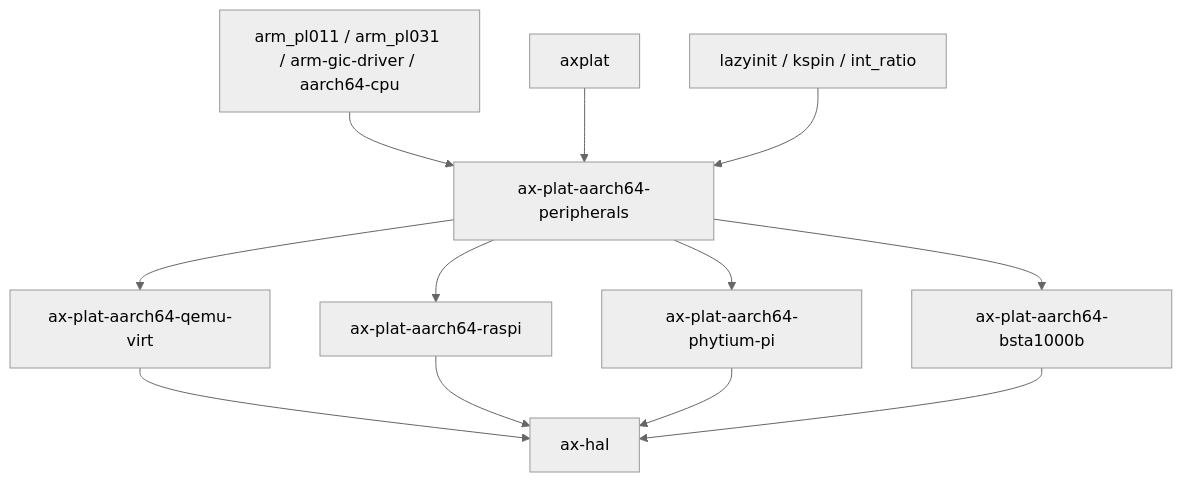
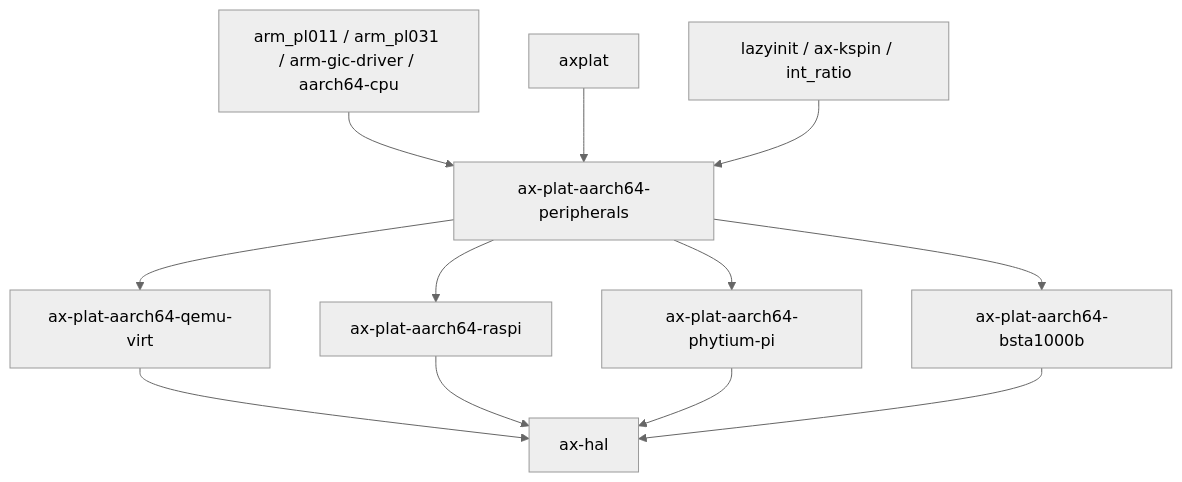
Before and after one commit to zKurisu/tgoskits: the second of 2 diagrams in docs/crates/ax-plat-aarch64-peripherals.md, drawn with Mermaid (neutral theme). The commit also changed other lines of this file and 101 other files, not shown here.

````diff
--- a/docs/crates/ax-plat-aarch64-peripherals.md
+++ b/docs/crates/ax-plat-aarch64-peripherals.md
@@ -180,15 +180,15 @@
 ```mermaid
 graph TD
     A[arm_pl011 / arm_pl031 / arm-gic-driver / aarch64-cpu] --> B[ax-plat-aarch64-peripherals]
     C[axplat] --> B
-    D[lazyinit / kspin / int_ratio] --> B
+    D[lazyinit / ax-kspin / int_ratio] --> B
 
     B --> E[ax-plat-aarch64-qemu-virt]
     B --> F[ax-plat-aarch64-raspi]
     B --> G[ax-plat-aarch64-phytium-pi]
     B --> H[ax-plat-aarch64-bsta1000b]
     E --> I[ax-hal]
     F --> I
     G --> I
     H --> I
 ```
````
